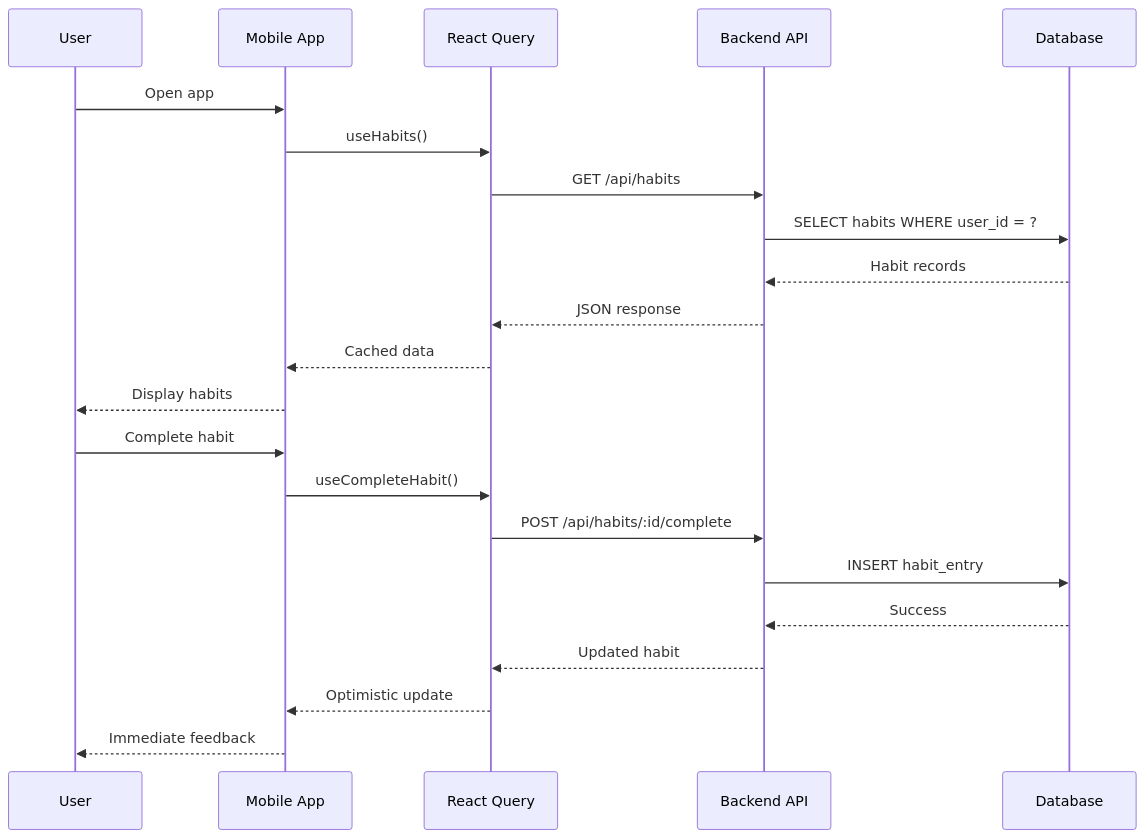
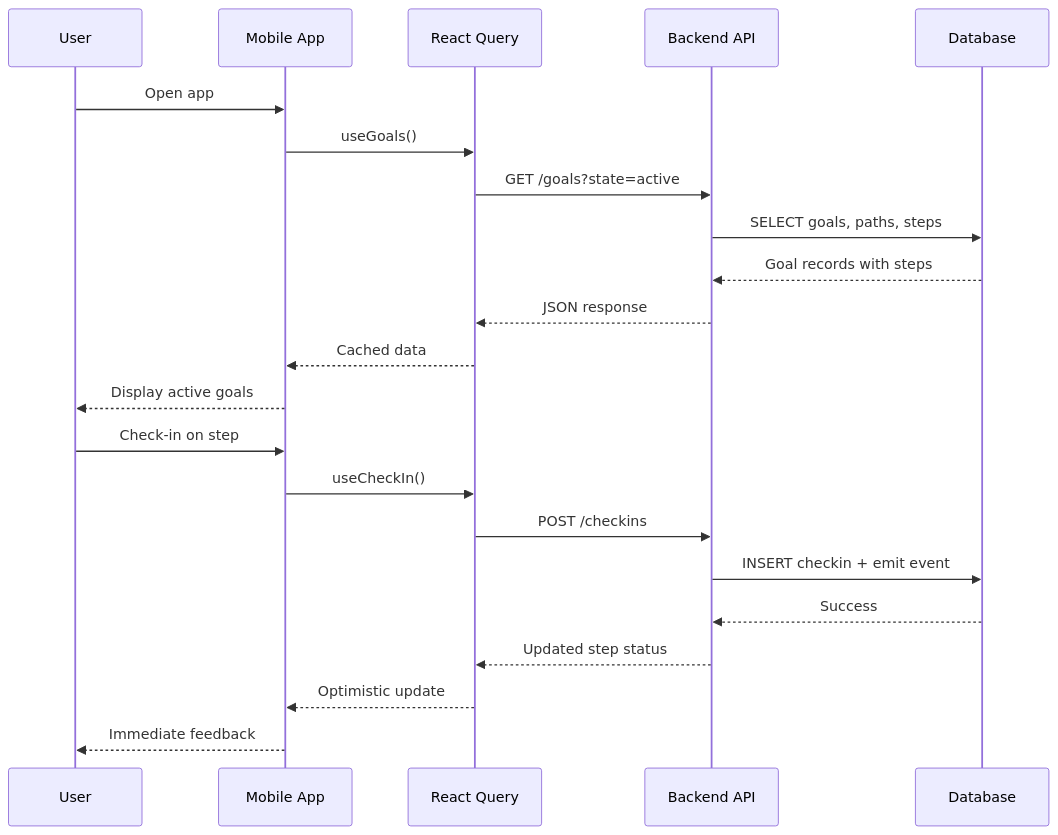
One commit to pedro-cal/better-you changed the third of 4 diagrams in docs/ARCHITECTURE.md. Above: the diagram before and after it, drawn with Mermaid. The commit also changed other lines of this file and 9 other files, not shown here.

````diff
--- a/docs/ARCHITECTURE.md
+++ b/docs/ARCHITECTURE.md
@@ -219,26 +347,26 @@
 ```mermaid
 sequenceDiagram
     participant User
     participant Mobile as Mobile App
     participant Query as React Query
     participant API as Backend API
     participant DB as Database
     
     User->>Mobile: Open app
-    Mobile->>Query: useHabits()
-    Query->>API: GET /api/habits
-    API->>DB: SELECT habits WHERE user_id = ?
-    DB-->>API: Habit records
+    Mobile->>Query: useGoals()
+    Query->>API: GET /goals?state=active
+    API->>DB: SELECT goals, paths, steps
+    DB-->>API: Goal records with steps
     API-->>Query: JSON response
     Query-->>Mobile: Cached data
-    Mobile-->>User: Display habits
+    Mobile-->>User: Display active goals
     
-    User->>Mobile: Complete habit
-    Mobile->>Query: useCompleteHabit()
-    Query->>API: POST /api/habits/:id/complete
-    API->>DB: INSERT habit_entry
+    User->>Mobile: Check-in on step
+    Mobile->>Query: useCheckIn()
+    Query->>API: POST /checkins
+    API->>DB: INSERT checkin + emit event
     DB-->>API: Success
-    API-->>Query: Updated habit
+    API-->>Query: Updated step status
     Query-->>Mobile: Optimistic update
     Mobile-->>User: Immediate feedback
 ```
````
